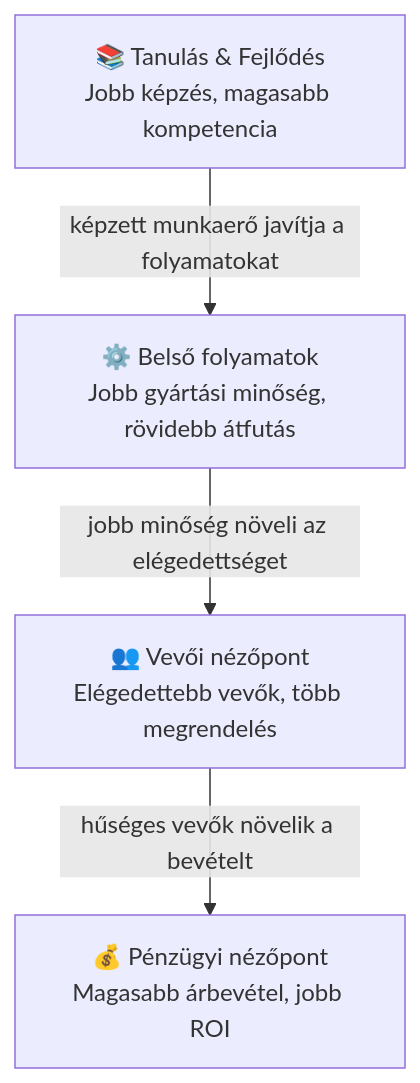
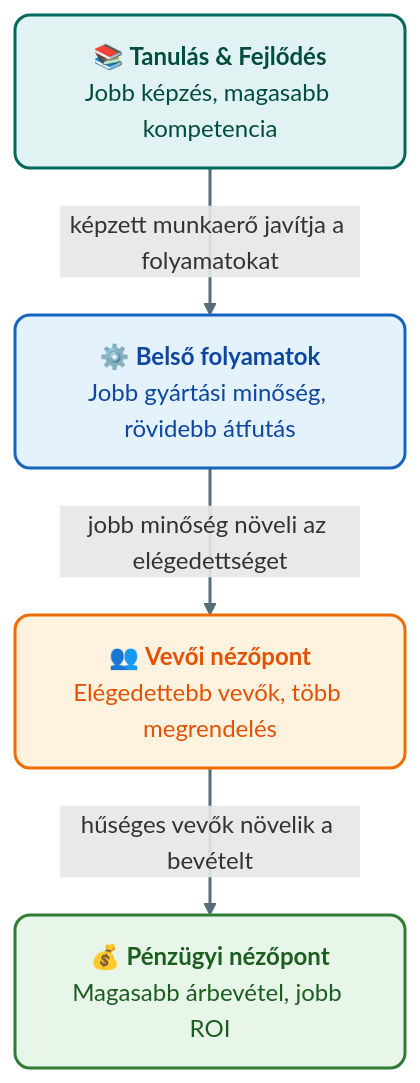
The second of 2 diagrams in Tételek/K20-GIXVS2MBLF-Balanced Scorecard.tétel.md (denespocsik/MM_BSC_Zarovizsga), drawn with Mermaid before and after one commit. The commit also changed other lines of this file and 34 other files, not shown here.

First line of the commit message:
style(tételek): egységes vizuális arculat a Mermaid-diagramokhoz

````diff
--- a/Tételek/K20-GIXVS2MBLF-Balanced Scorecard.tétel.md
+++ b/Tételek/K20-GIXVS2MBLF-Balanced Scorecard.tétel.md
@@ -73,11 +82,18 @@
 ```mermaid
 flowchart TD
-    T["📚 Tanulás & Fejlődés<br/>Jobb képzés, magasabb kompetencia"]
-    B["⚙️ Belső folyamatok<br/>Jobb gyártási minőség, rövidebb átfutás"]
-    V["👥 Vevői nézőpont<br/>Elégedettebb vevők, több megrendelés"]
-    P["💰 Pénzügyi nézőpont<br/>Magasabb árbevétel, jobb ROI"]
+    T["📚 <b>Tanulás & Fejlődés</b><br/>Jobb képzés, magasabb kompetencia"]:::turkiz
+    B["⚙️ <b>Belső folyamatok</b><br/>Jobb gyártási minőség, rövidebb átfutás"]:::kek
+    V["👥 <b>Vevői nézőpont</b><br/>Elégedettebb vevők, több megrendelés"]:::narancs
+    P["💰 <b>Pénzügyi nézőpont</b><br/>Magasabb árbevétel, jobb ROI"]:::zold
 
     T -->|"képzett munkaerő javítja a folyamatokat"| B
     B -->|"jobb minőség növeli az elégedettséget"| V
     V -->|"hűséges vevők növelik a bevételt"| P
+
+    classDef kek     fill:#e3f2fd,stroke:#1565c0,stroke-width:2px,color:#0d47a1,rx:10,ry:10;
+    classDef zold    fill:#e8f5e9,stroke:#2e7d32,stroke-width:2px,color:#1b5e20,rx:10,ry:10;
+    classDef narancs fill:#fff3e0,stroke:#ef6c00,stroke-width:2px,color:#e65100,rx:10,ry:10;
+    classDef turkiz  fill:#e0f2f1,stroke:#00695c,stroke-width:2px,color:#004d40,rx:10,ry:10;
+
+    linkStyle default stroke:#546e7a,stroke-width:2px;
 ```
````
